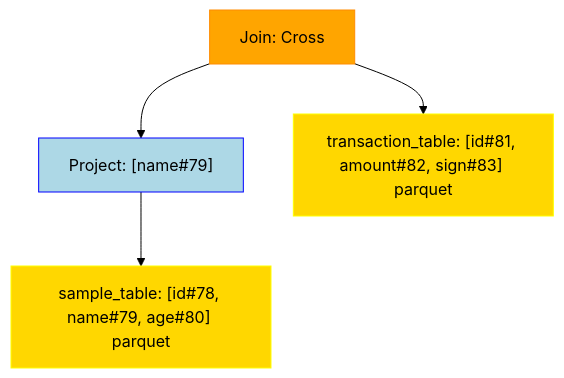
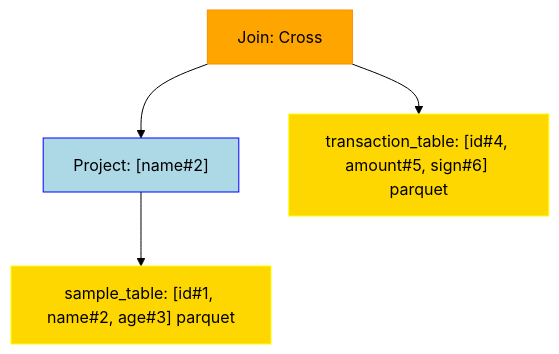
One commit to NielkNetraam/explainalyzed changed the diagram in data/visualization/join_cross.mmd. Above: the diagram before and after it, drawn with Mermaid (forest theme). The commit also changed 63 other files, not shown here.

```diff
--- a/data/visualization/join_cross.mmd
+++ b/data/visualization/join_cross.mmd
@@ -1,17 +1,17 @@
 flowchart TD
     classDef PROJECT stroke:Blue,fill:LightBlue,color:black
     classDef FILTER stroke:Green,fill:LightGreen,color:black
     classDef UNION stroke:Purple,fill:Violet,color:black
     classDef JOIN stroke:DarkOrange,fill:Orange,color:black
     classDef RELATION stroke:Yellow,fill:Gold,color:black
     classDef AGGREGATE stroke:Brown,fill:Chocolate,color:black
     classDef WINDOW stroke:Aqua,fill:Cyan,color:black
 
     Join#00001["Join: Cross"]:::JOIN
-    Project#00002["Project: [name#79]"]:::PROJECT
-    Relation#00003["sample_table: [id#78, name#79, age#80] parquet"]:::RELATION
-    Relation#00004["transaction_table: [id#81, amount#82, sign#83] parquet"]:::RELATION
+    Project#00002["Project: [name#2]"]:::PROJECT
+    Relation#00003["sample_table: [id#1, name#2, age#3] parquet"]:::RELATION
+    Relation#00004["transaction_table: [id#4, amount#5, sign#6] parquet"]:::RELATION
 
     Join#00001 --> Project#00002
         Project#00002 --> Relation#00003
     Join#00001 --> Relation#00004
```
